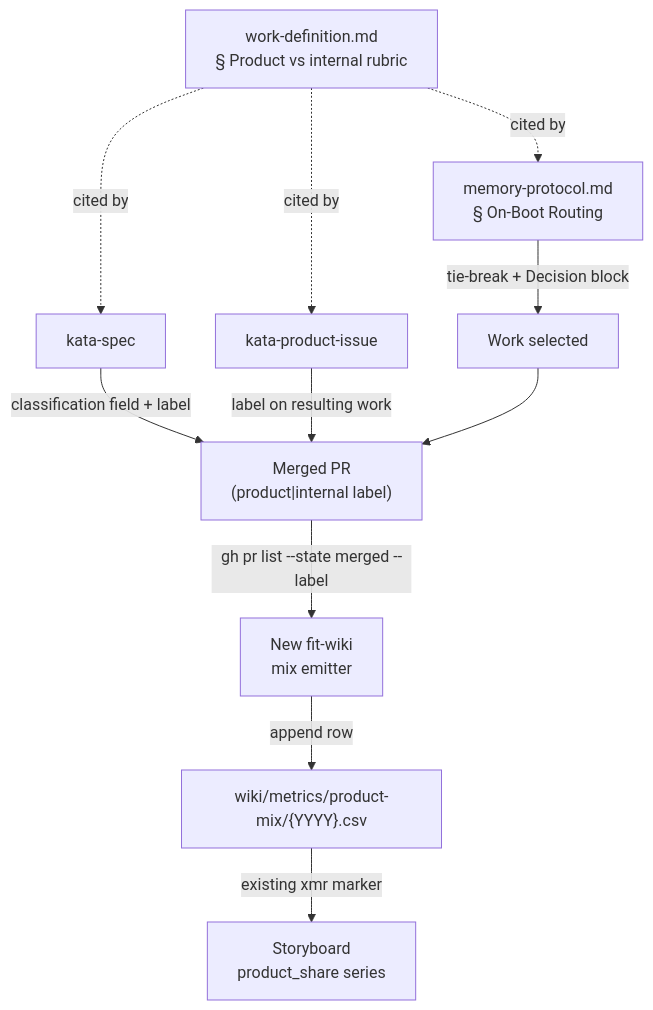
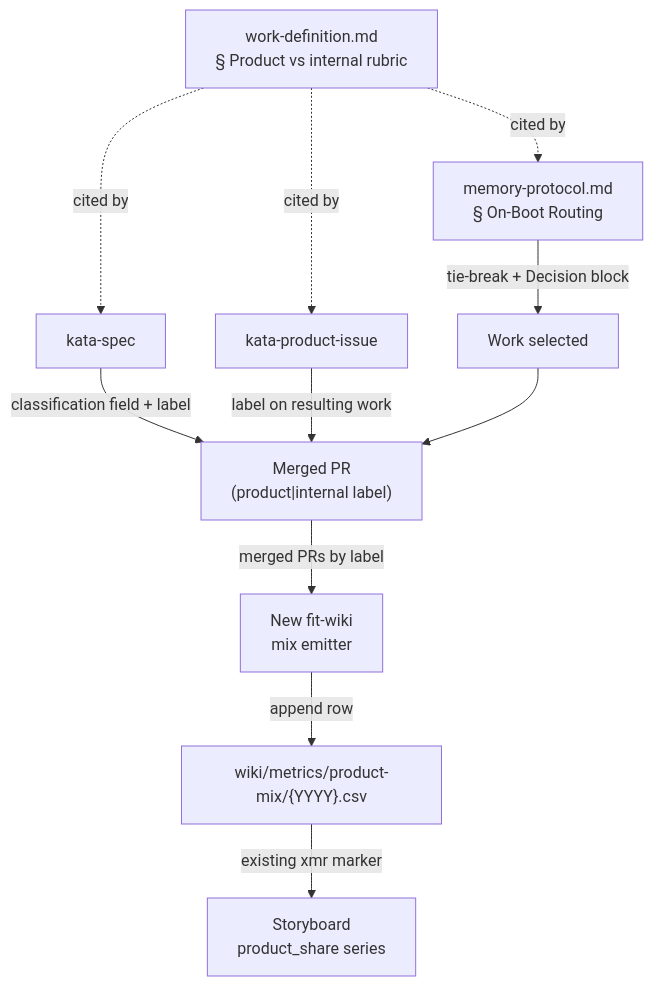
Before and after one commit to forwardimpact/monorepo: the diagram in specs/2070-product-vs-internal-work-axis/design-a.md, drawn with Mermaid. The commit also changed other lines of this file, not shown here.

````diff
--- a/specs/2070-product-vs-internal-work-axis/design-a.md
+++ b/specs/2070-product-vs-internal-work-axis/design-a.md
@@ -15,16 +15,16 @@
 ```mermaid
 graph TD
     R["work-definition.md<br/>§ Product vs internal rubric"]
     R -.cited by.-> S["kata-spec"]
     R -.cited by.-> T["kata-product-issue"]
     R -.cited by.-> M["memory-protocol.md<br/>§ On-Boot Routing"]
 
     S -->|classification field + label| PR["Merged PR<br/>(product|internal label)"]
     T -->|label on resulting work| PR
     M -->|tie-break + Decision block| W["Work selected"]
     W --> PR
 
-    PR -->|gh pr list --state merged --label| E["New fit-wiki<br/>mix emitter"]
+    PR -->|merged PRs by label| E["New fit-wiki<br/>mix emitter"]
     E -->|append row| C["wiki/metrics/product-mix/{YYYY}.csv"]
     C -->|existing xmr marker| SB["Storyboard<br/>product_share series"]
 ```
````
